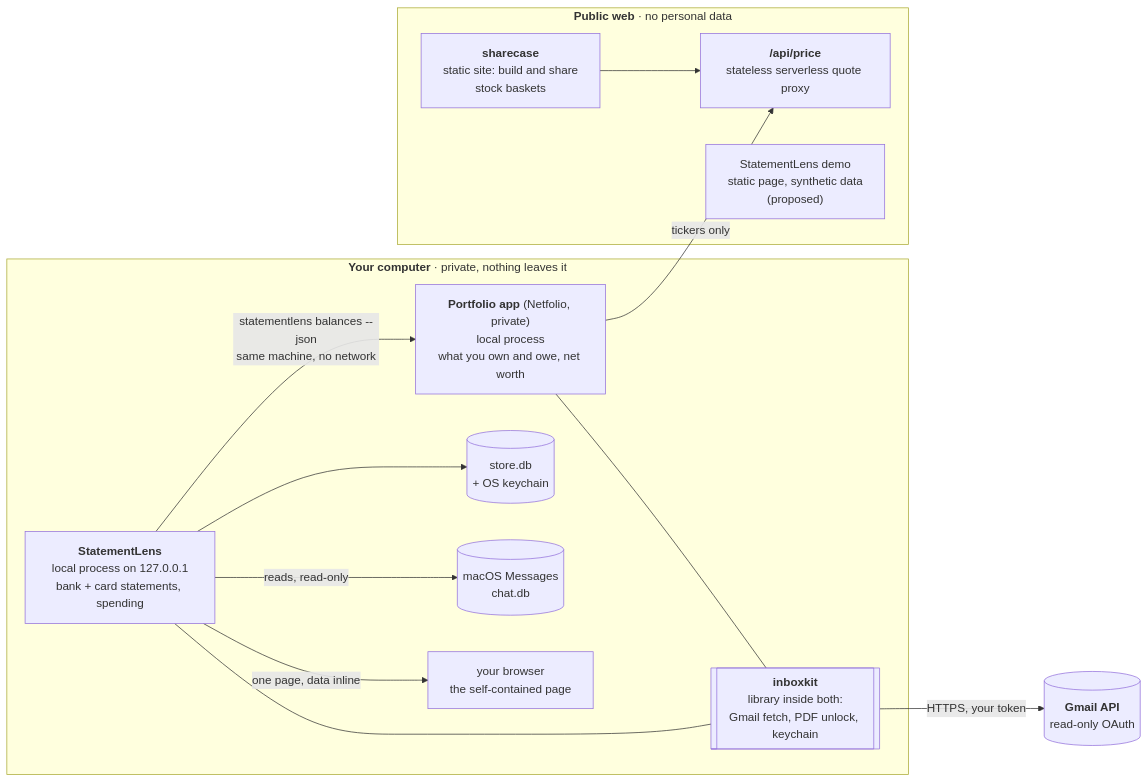
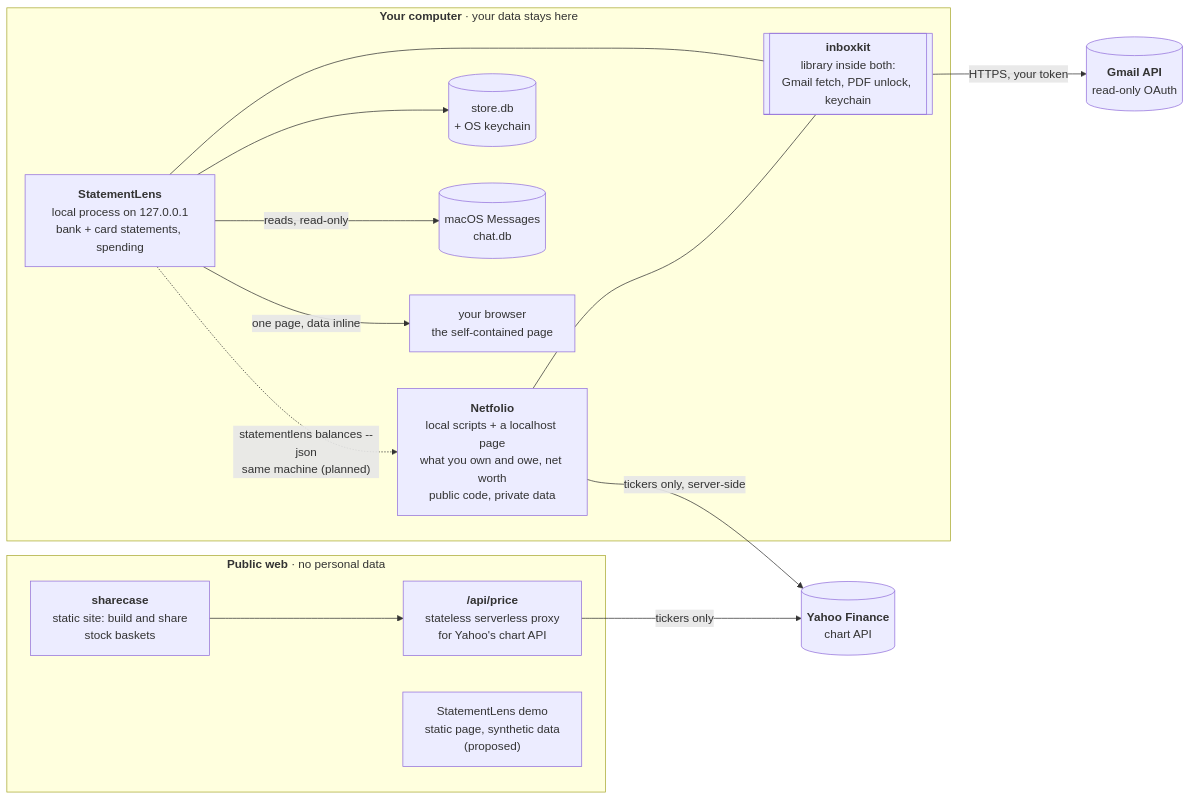
The eighth of 9 diagrams in docs/ARCHITECTURE.md (udaysrinu/StatementLens), drawn with Mermaid before and after one commit. The commit also changed other lines of this file and 1 other file, not shown here.

Commit message:
Architecture §10: correct the Netfolio facts
Netfolio's code is public and only its data is private. It calls Yahoo itself, server-side, and its
local page server runs its own copy of /api/price, so it never uses the public proxy. It is scripts
run in order plus a localhost page server, and it does not read `balances --json` yet (now a dashed,
planned edge). The identifiers store is planned. /api/price proxies Yahoo's chart API (no CORS header
there), caching quotes 60 s and history 1 h. Checked against the netfolio repo.

````diff
--- a/docs/ARCHITECTURE.md
+++ b/docs/ARCHITECTURE.md
@@ -284,26 +284,27 @@
 ```mermaid
 flowchart LR
-  subgraph device["<b>Your computer</b> · private, nothing leaves it"]
+  subgraph device["<b>Your computer</b> · your data stays here"]
     SL["<b>StatementLens</b><br/>local process on 127.0.0.1<br/>bank + card statements, spending"]
-    NF["<b>Portfolio app</b> (Netfolio, private)<br/>local process<br/>what you own and owe, net worth"]
+    NF["<b>Netfolio</b><br/>local scripts + a localhost page<br/>what you own and owe, net worth<br/>public code, private data"]
     IK[["<b>inboxkit</b><br/>library inside both:<br/>Gmail fetch, PDF unlock, keychain"]]
     DB[("store.db<br/>+ OS keychain")]
     MSG[("macOS Messages<br/>chat.db")]
     UI["your browser<br/>the self-contained page"]
   end
   subgraph web["<b>Public web</b> · no personal data"]
     SC["<b>sharecase</b><br/>static site: build and share<br/>stock baskets"]
-    PX["<b>/api/price</b><br/>stateless serverless quote proxy"]
+    PX["<b>/api/price</b><br/>stateless serverless proxy<br/>for Yahoo's chart API"]
     DEMO["StatementLens demo<br/>static page, synthetic data<br/>(proposed)"]
   end
   G[("<b>Gmail API</b><br/>read-only OAuth")]
+  Y[("<b>Yahoo Finance</b><br/>chart API")]
   SL --- IK
   NF --- IK
   IK -- "HTTPS, your token" --> G
   SL --> DB
   SL -- "reads, read-only" --> MSG
   SL -- "one page, data inline" --> UI
-  SL -- "statementlens balances --json<br/>same machine, no network" --> NF
-  NF -- "tickers only" --> PX
-  SC --> PX
+  SL -. "statementlens balances --json<br/>same machine (planned)" .-> NF
+  NF -- "tickers only, server-side" --> Y
+  SC --> PX -- "tickers only" --> Y
 ```
````
